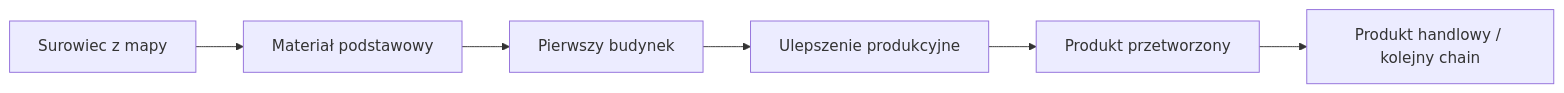
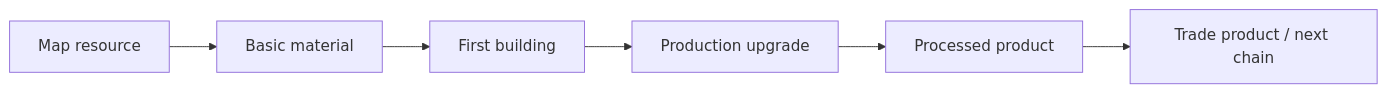
One commit to msosnowski1997/RobloxGameIdea changed the first of 2 diagrams in docs/production-chains/00-template.md. Above: the diagram before and after it, drawn with Mermaid. The commit also changed other lines of this file and 34 other files, not shown here.

````diff
--- a/docs/production-chains/00-template.md
+++ b/docs/production-chains/00-template.md
@@ -30,8 +30,8 @@
 ```mermaid
 flowchart LR
-    A["Surowiec z mapy"] --> B["Materiał podstawowy"]
-    B --> C["Pierwszy budynek"]
-    C --> D["Ulepszenie produkcyjne"]
-    D --> E["Produkt przetworzony"]
-    E --> F["Produkt handlowy / kolejny chain"]
+    A["Map resource"] --> B["Basic material"]
+    B --> C["First building"]
+    C --> D["Production upgrade"]
+    D --> E["Processed product"]
+    E --> F["Trade product / next chain"]
 ```
````
